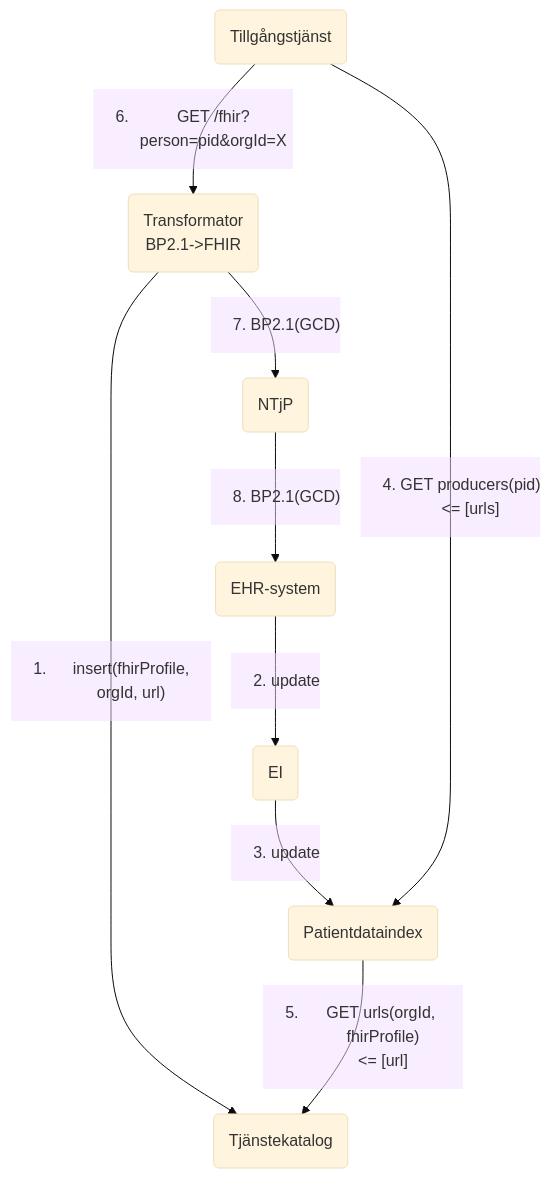
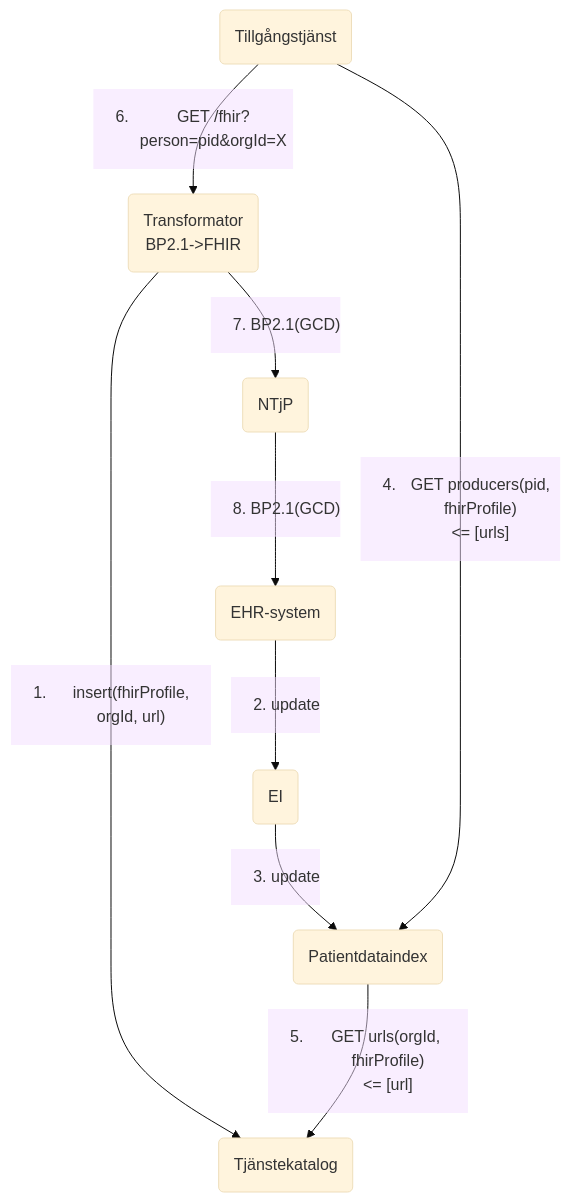
The diagram in EHDS-infrastructure/ehm-inera-transformator.md (anders-malmros-inera/t2mmd), drawn with Mermaid (base theme) before and after one commit.

````diff
--- a/EHDS-infrastructure/ehm-inera-transformator.md
+++ b/EHDS-infrastructure/ehm-inera-transformator.md
@@ -1,19 +1,19 @@
 ```mermaid
 graph 
 ntjp(NTjP)
 t(Transformator<br>BP2.1->FHIR)
 ei(EI)
 ehr(EHR-system)
 ntk(Tjänstekatalog)
 pdi(Patientdataindex)
 tt(Tillgångstjänst)
 
 t-- <ol start=1><li> insert(fhirProfile, orgId, url)-->ntk
 ehr-- <ol start=2><li>update-->ei-- <ol start=3><li>update-->pdi
-tt-- <ol start=4><li> GET producers(pid)<br>&lt= [urls]-->pdi
+tt-- <ol start=4><li> GET producers(pid, fhirProfile)<br>&lt= [urls]-->pdi
 pdi--<ol start=5><li>GET urls(orgId, fhirProfile)<br>&lt= [url]-->ntk
 tt--<ol start=6><li>GET /fhir?person=pid&orgId=X-->t
 t--<ol start=7><li>BP2.1(GCD)-->ntjp
 ntjp--<ol start=8><li>BP2.1(GCD)-->ehr
 
 ```
````
